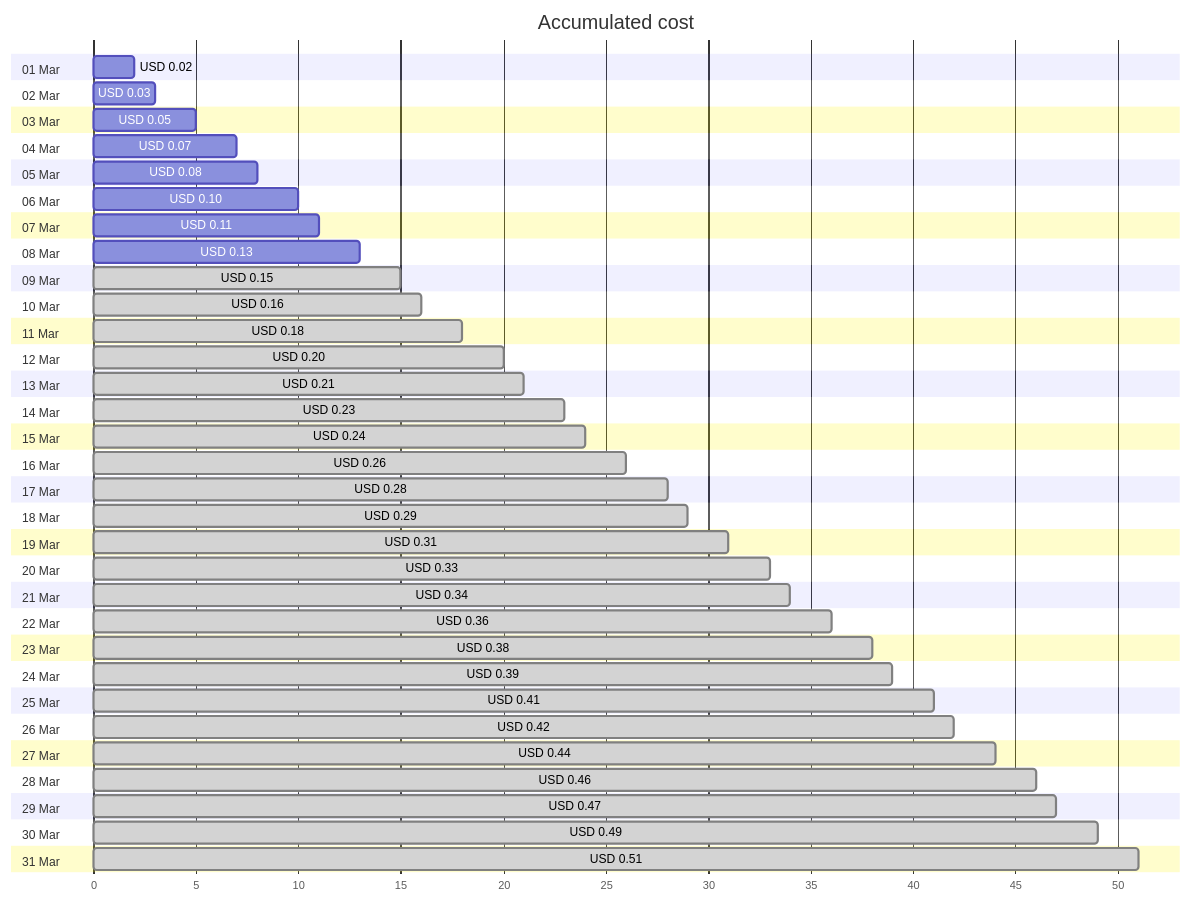
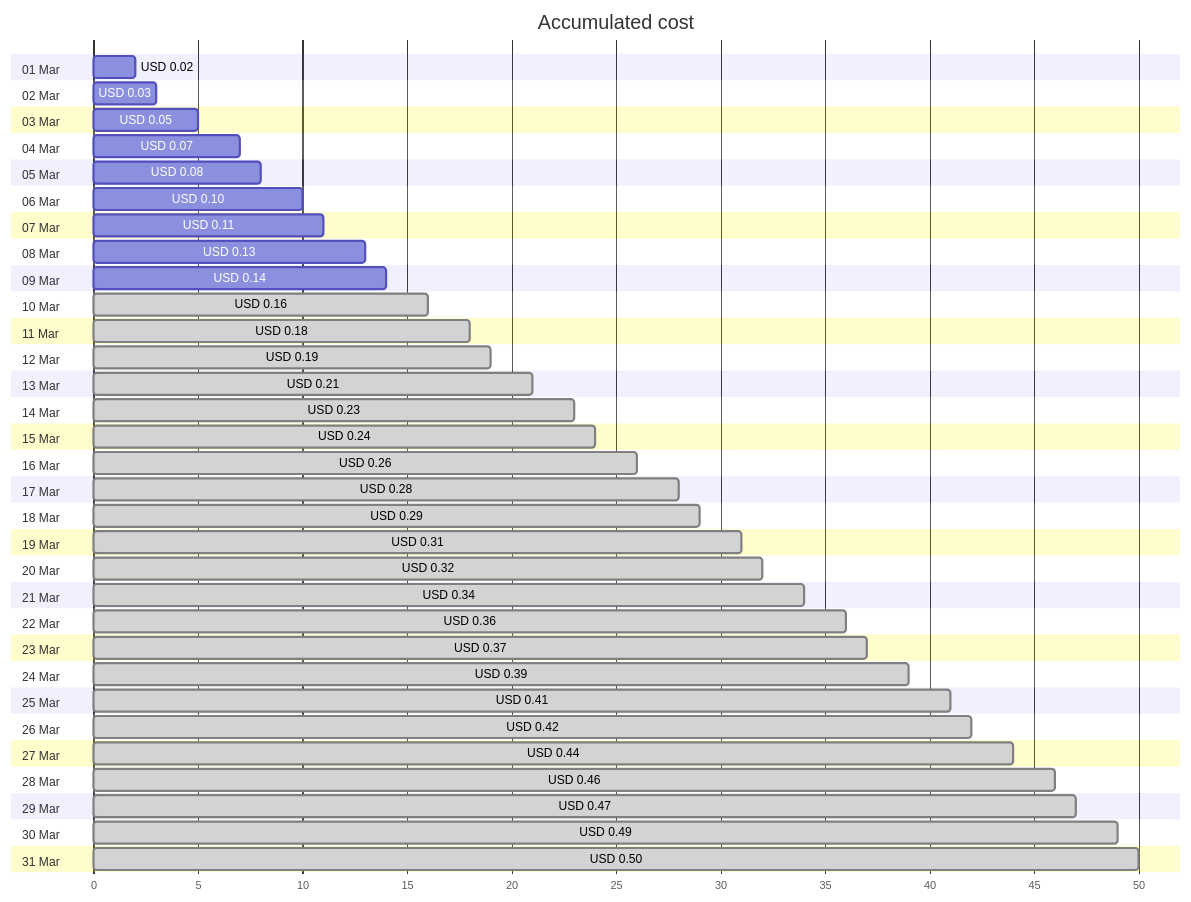
The first of 4 diagrams in cost-reports/personal-dns/jpatrickfulton.com.md (jpfulton/azure-personal-reports), drawn with Mermaid before and after one commit. The commit also changed other lines of this file and 2 other files, not shown here.

````diff
--- a/cost-reports/personal-dns/jpatrickfulton.com.md
+++ b/cost-reports/personal-dns/jpatrickfulton.com.md
@@ -20,68 +20,68 @@
 ```mermaid
 gantt
    title Accumulated cost
    dateFormat  X
    axisFormat %s
    section 01 Mar
    USD 0.02 :0, 2
    section 02 Mar
    USD 0.03 :0, 3
    section 03 Mar
    USD 0.05 :0, 5
    section 04 Mar
    USD 0.07 :0, 7
    section 05 Mar
    USD 0.08 :0, 8
    section 06 Mar
    USD 0.10 :0, 10
    section 07 Mar
    USD 0.11 :0, 11
    section 08 Mar
    USD 0.13 :0, 13
    section 09 Mar
-   USD 0.15 : done, 0, 15
+   USD 0.14 :0, 14
    section 10 Mar
    USD 0.16 : done, 0, 16
    section 11 Mar
    USD 0.18 : done, 0, 18
    section 12 Mar
-   USD 0.20 : done, 0, 20
+   USD 0.19 : done, 0, 19
    section 13 Mar
    USD 0.21 : done, 0, 21
    section 14 Mar
    USD 0.23 : done, 0, 23
    section 15 Mar
    USD 0.24 : done, 0, 24
    section 16 Mar
    USD 0.26 : done, 0, 26
    section 17 Mar
    USD 0.28 : done, 0, 28
    section 18 Mar
    USD 0.29 : done, 0, 29
    section 19 Mar
    USD 0.31 : done, 0, 31
    section 20 Mar
-   USD 0.33 : done, 0, 33
+   USD 0.32 : done, 0, 32
    section 21 Mar
    USD 0.34 : done, 0, 34
    section 22 Mar
    USD 0.36 : done, 0, 36
    section 23 Mar
-   USD 0.38 : done, 0, 38
+   USD 0.37 : done, 0, 37
    section 24 Mar
    USD 0.39 : done, 0, 39
    section 25 Mar
    USD 0.41 : done, 0, 41
    section 26 Mar
    USD 0.42 : done, 0, 42
    section 27 Mar
    USD 0.44 : done, 0, 44
    section 28 Mar
    USD 0.46 : done, 0, 46
    section 29 Mar
    USD 0.47 : done, 0, 47
    section 30 Mar
    USD 0.49 : done, 0, 49
    section 31 Mar
-   USD 0.51 : done, 0, 51
+   USD 0.50 : done, 0, 50
 ```
````
